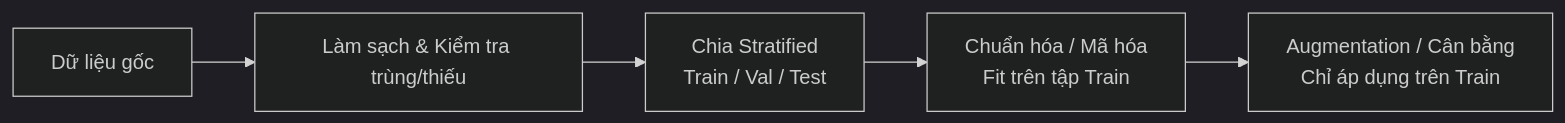
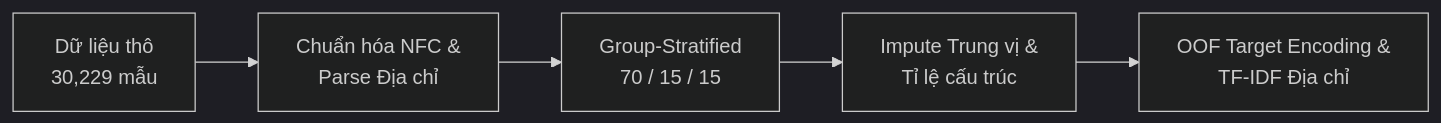
The diagram in slides/pages/02-dataset.md (isoamyl50/fsb-ml-final), drawn with Mermaid (dark theme) before and after one commit. The commit also changed other lines of this file and 41 other files, not shown here.

````diff
--- a/slides/pages/02-dataset.md
+++ b/slides/pages/02-dataset.md
@@ -42,7 +41,7 @@
 ```mermaid
 flowchart LR
-  A["Dữ liệu gốc"] --> B["Làm sạch &amp; Kiểm tra trùng/thiếu"]
-  B --> C["Chia Stratified<br/>Train / Val / Test"]
-  C --> D["Chuẩn hóa / Mã hóa<br/>Fit trên tập Train"]
-  D --> E["Augmentation / Cân bằng<br/>Chỉ áp dụng trên Train"]
+  A["Dữ liệu thô<br/>30,229 mẫu"] --> B["Chuẩn hóa NFC &amp;<br/>Parse Địa chỉ"]
+  B --> C["Group-Stratified<br/>70 / 15 / 15"]
+  C --> D["Impute Trung vị &amp;<br/>Tỉ lệ cấu trúc"]
+  D --> E["OOF Target Encoding &amp;<br/>TF-IDF Địa chỉ"]
 ```
````
